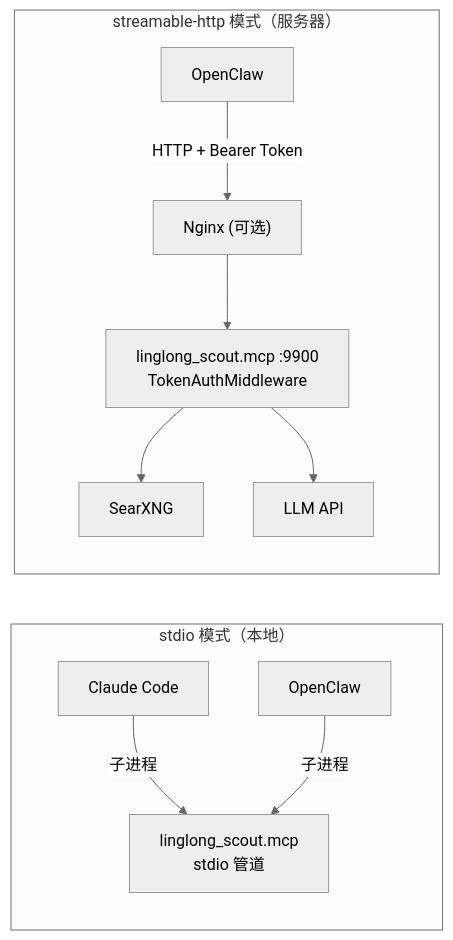
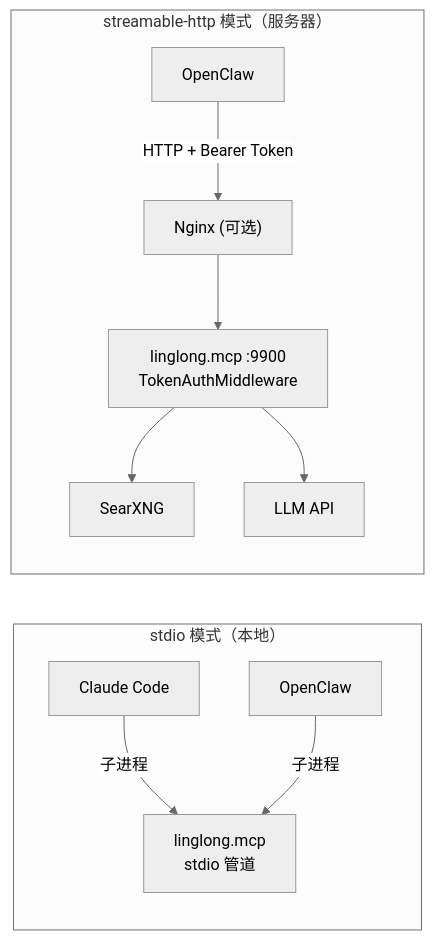
One commit to xinovate/linglong-scout changed the third of 3 diagrams in docs/design/06-mcp.md. Above: the diagram before and after it, drawn with Mermaid (neutral theme). The commit also changed other lines of this file and 39 other files, not shown here.

First line of the commit message:
refactor: 包名 linglong_scout → linglong

````diff
--- a/docs/design/06-mcp.md
+++ b/docs/design/06-mcp.md
@@ -75,14 +75,14 @@
 ```mermaid
 graph LR
     subgraph 本地["stdio 模式（本地）"]
-        CC["Claude Code"] -->|子进程| MCP1["linglong_scout.mcp<br/>stdio 管道"]
+        CC["Claude Code"] -->|子进程| MCP1["linglong.mcp<br/>stdio 管道"]
         OC["OpenClaw"] -->|子进程| MCP1
     end
 
     subgraph 远程["streamable-http 模式（服务器）"]
         OC2["OpenClaw"] -->|HTTP + Bearer Token| NGINX["Nginx (可选)"]
-        NGINX --> MCP2["linglong_scout.mcp :9900<br/>TokenAuthMiddleware"]
+        NGINX --> MCP2["linglong.mcp :9900<br/>TokenAuthMiddleware"]
         MCP2 --> SEARXNG["SearXNG"]
         MCP2 --> LLM["LLM API"]
     end
 ```
````
